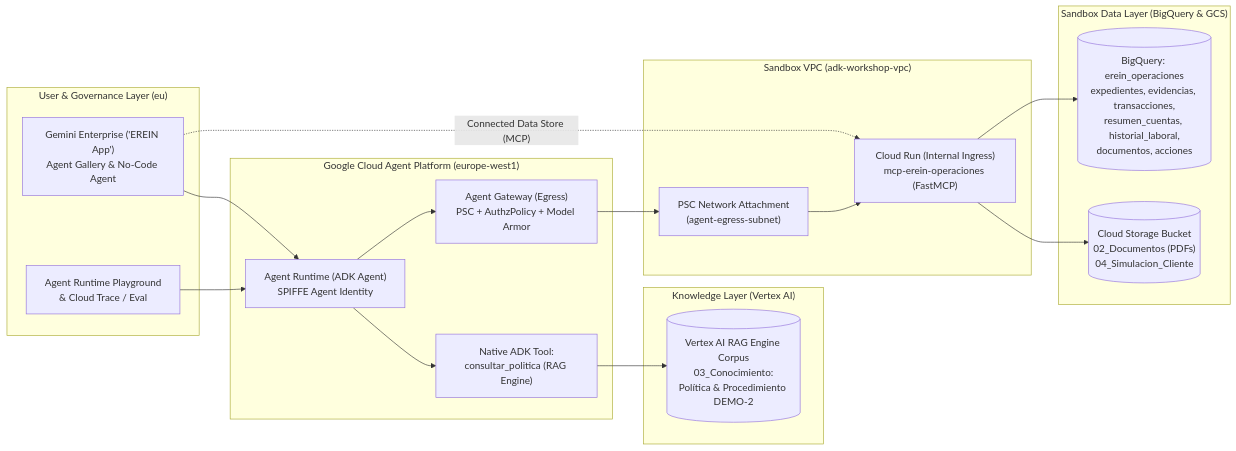
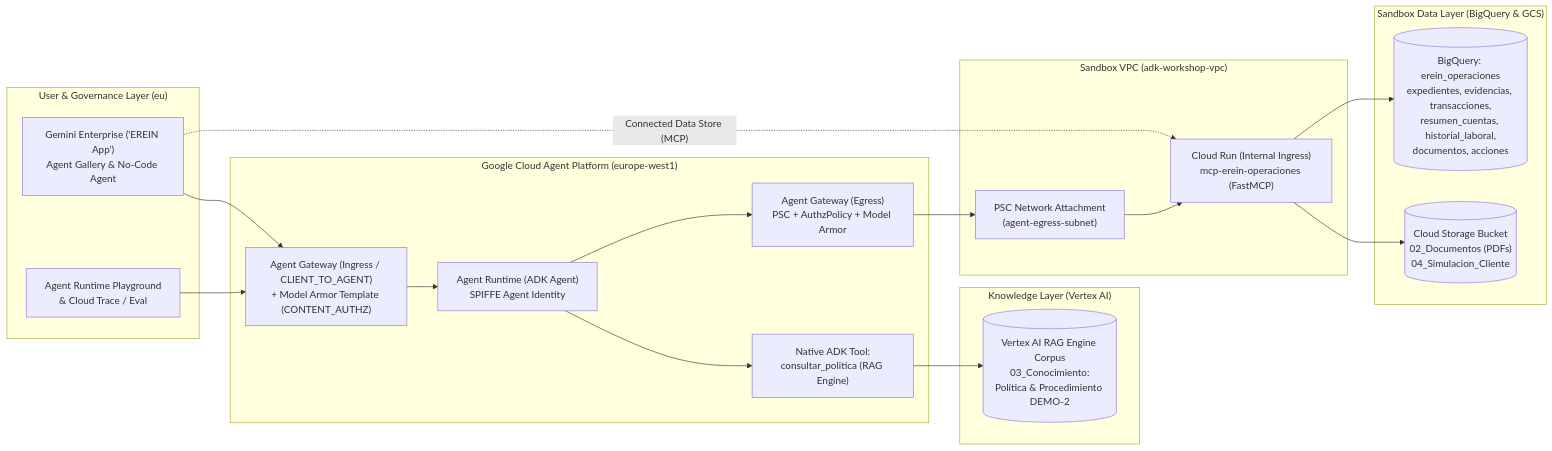
One commit to miguelrojorossi/erein_agents_workshop changed the first of 2 diagrams in Workshop_Guide_EREIN.md. Above: the diagram before and after it, drawn with Mermaid. The commit also changed other lines of this file and 1 other file, not shown here.

Commit message:
Add Task 6: Securing Agent Ingress with Agent Gateway (CLIENT_TO_AGENT) and Model Armor

````diff
--- a/Workshop_Guide_EREIN.md
+++ b/Workshop_Guide_EREIN.md
@@ -13,38 +13,40 @@
 ```mermaid
 flowchart LR
     subgraph UI["User & Governance Layer (eu)"]
         GE["Gemini Enterprise ('EREIN App')<br/>Agent Gallery & No-Code Agent"]
         PG["Agent Runtime Playground<br/>& Cloud Trace / Eval"]
     end
 
     subgraph Runtime["Google Cloud Agent Platform (europe-west1)"]
+        IGW["Agent Gateway (Ingress / CLIENT_TO_AGENT)<br/>+ Model Armor Template (CONTENT_AUTHZ)"]
         AR["Agent Runtime (ADK Agent)<br/>SPIFFE Agent Identity"]
         RAG_TOOL["Native ADK Tool:<br/>consultar_politica (RAG Engine)"]
         AG["Agent Gateway (Egress)<br/>PSC + AuthzPolicy + Model Armor"]
     end
 
     subgraph Knowledge["Knowledge Layer (Vertex AI)"]
         RAG[("Vertex AI RAG Engine Corpus<br/>03_Conocimiento:<br/>Política & Procedimiento DEMO-2")]
     end
 
     subgraph VPC["Sandbox VPC (adk-workshop-vpc)"]
         NA["PSC Network Attachment<br/>(agent-egress-subnet)"]
         MCP["Cloud Run (Internal Ingress)<br/>mcp-erein-operaciones (FastMCP)"]
     end
 
     subgraph Data["Sandbox Data Layer (BigQuery & GCS)"]
         BQ[("BigQuery: erein_operaciones<br/>expedientes, evidencias, transacciones,<br/>resumen_cuentas, historial_laboral,<br/>documentos, acciones")]
         GCS[("Cloud Storage Bucket<br/>02_Documentos (PDFs)<br/>04_Simulacion_Cliente")]
     end
 
-    GE --> AR
-    PG --> AR
+    GE --> IGW
+    PG --> IGW
+    IGW --> AR
     AR --> RAG_TOOL
     RAG_TOOL --> RAG
     GE -. "Connected Data Store (MCP)" .-> MCP
     AR --> AG
     AG --> NA
     NA --> MCP
     MCP --> BQ
     MCP --> GCS
 ```
````
